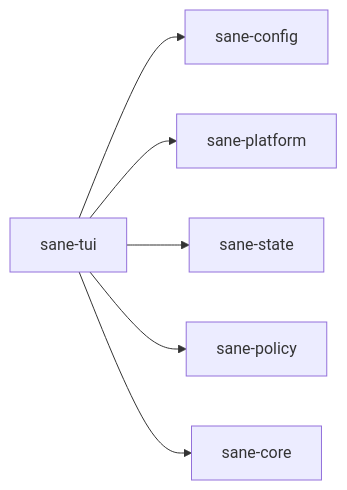
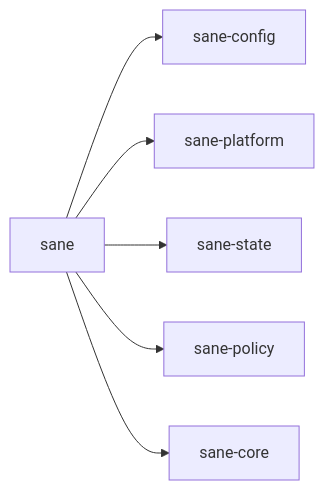
Before and after one commit to lammersbjorn/sane: the diagram in crates/sane-tui/README.md, drawn with Mermaid. The commit also changed other lines of this file and 14 other files, not shown here.

````diff
--- a/crates/sane-tui/README.md
+++ b/crates/sane-tui/README.md
@@ -26,8 +50,8 @@
 ```mermaid
 flowchart LR
-    T["sane-tui"] --> C["sane-config"]
+    T["sane"] --> C["sane-config"]
     T --> P["sane-platform"]
     T --> S["sane-state"]
     T --> O["sane-policy"]
     T --> R["sane-core"]
 ```
````
